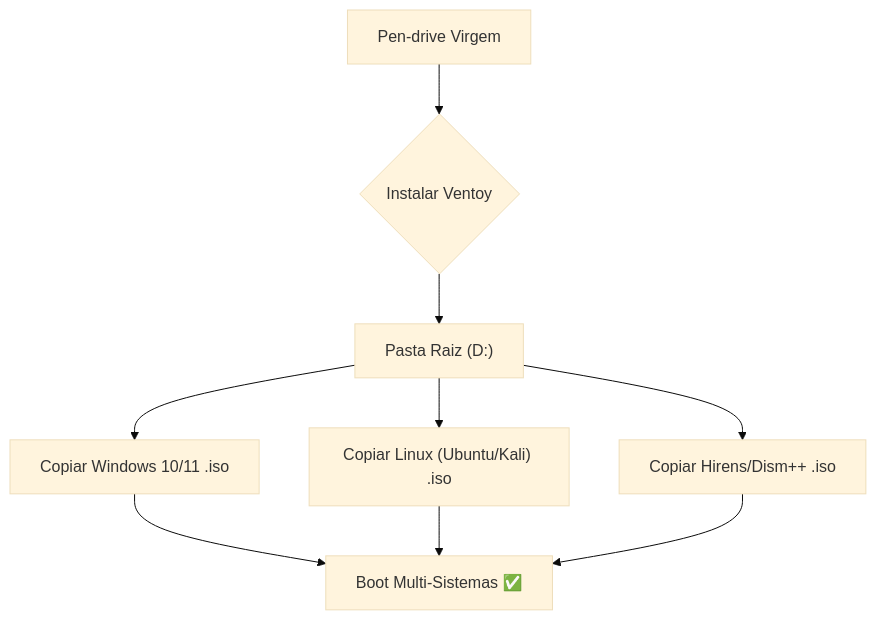
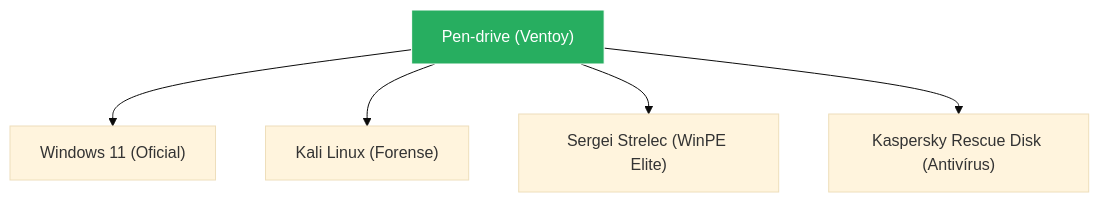
Before and after one commit to Mushyc/WIKI_MATHEUS_TI: the diagram in guias/Curso_Ferramentas_Pendrive.md, drawn with Mermaid (base theme). The commit also changed other lines of this file and 18 other files, not shown here.

````diff
--- a/guias/Curso_Ferramentas_Pendrive.md
+++ b/guias/Curso_Ferramentas_Pendrive.md
@@ -13,9 +17,9 @@
 ```mermaid
 graph TD
-    A["Pen-drive Virgem"] --> B{"Instalar Ventoy"}
-    B --> C["Pasta Raiz (D:)"]
-    C --> D["Copiar Windows 10/11 .iso"]
-    C --> E["Copiar Linux (Ubuntu/Kali) .iso"]
-    C --> F["Copiar Hirens/Dism++ .iso"]
-    D & E & F --> G["Boot Multi-Sistemas ✅"]
+    USB["Pen-drive (Ventoy)"] --> ISO_W11["Windows 11 (Oficial)"]
+    USB --> ISO_KALI["Kali Linux (Forense)"]
+    USB --> ISO_WINPE["Sergei Strelec (WinPE Elite)"]
+    USB --> ISO_RESCUE["Kaspersky Rescue Disk (Antivírus)"]
+    
+    style USB fill:#27ae60,stroke:#fff,color:#fff
 ```
````
